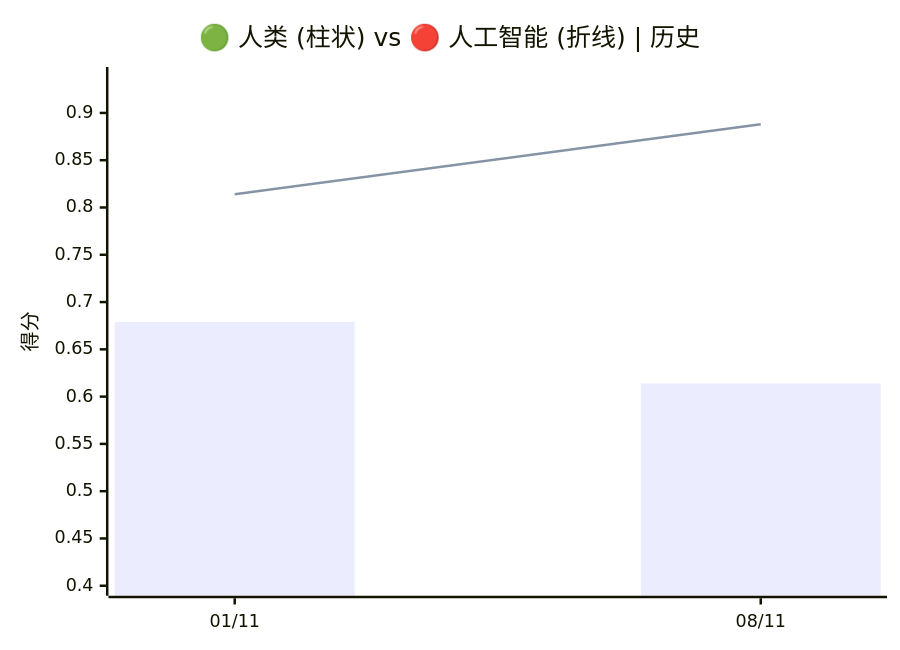
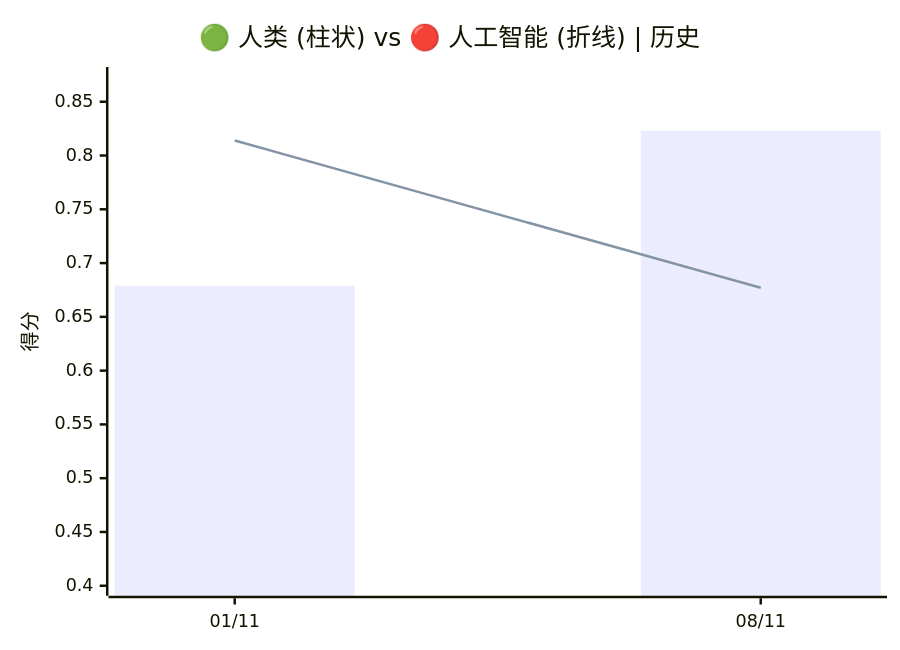
One commit to VQQLK/Human-AI-Monitor changed the first of 3 diagrams in README.zh.md. Above: the diagram before and after it, drawn with Mermaid. The commit also changed other lines of this file and 4 other files, not shown here.

````diff
--- a/README.zh.md
+++ b/README.zh.md
@@ -35,8 +35,8 @@
 ```mermaid
 xychart-beta
     title "🟢 人类 (柱状) vs 🔴 人工智能 (折线) | 历史"
     x-axis ["01/11", "08/11"]
-    y-axis "得分" 0.400 --> 0.938
-    bar [0.679, 0.614]
-    line [0.814, 0.888]
+    y-axis "得分" 0.400 --> 0.873
+    bar [0.679, 0.823]
+    line [0.814, 0.677]
 ```
````
